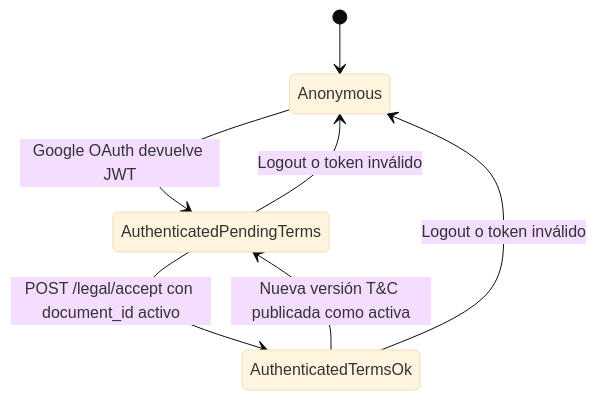
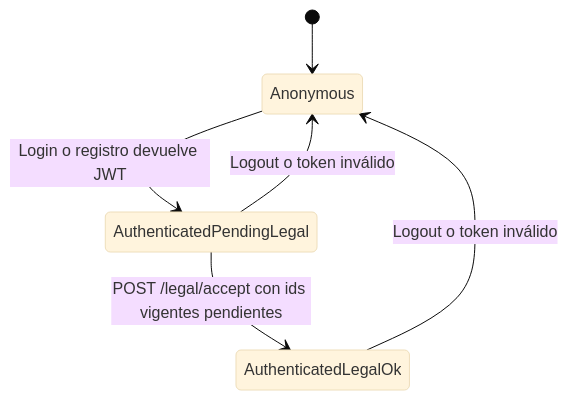
Before and after one commit to gussephe-benjamin/Utopp: the diagram in Backend/docs/legal-session-state-machine.md, drawn with Mermaid (base theme). The commit also changed other lines of this file and 140 other files, not shown here.

````diff
--- a/Backend/docs/legal-session-state-machine.md
+++ b/Backend/docs/legal-session-state-machine.md
@@ -15,9 +15,8 @@
 ```mermaid
 stateDiagram-v2
   [*] --> Anonymous
-  Anonymous --> AuthenticatedPendingTerms: Google OAuth devuelve JWT
-  AuthenticatedPendingTerms --> AuthenticatedTermsOk: POST /legal/accept con document_id activo
-  AuthenticatedTermsOk --> AuthenticatedPendingTerms: Nueva versión T&C publicada como activa
-  AuthenticatedPendingTerms --> Anonymous: Logout o token inválido
-  AuthenticatedTermsOk --> Anonymous: Logout o token inválido
+  Anonymous --> AuthenticatedPendingLegal: Login o registro devuelve JWT
+  AuthenticatedPendingLegal --> AuthenticatedLegalOk: POST /legal/accept con ids vigentes pendientes
+  AuthenticatedLegalOk --> Anonymous: Logout o token inválido
+  AuthenticatedPendingLegal --> Anonymous: Logout o token inválido
 ```
````
